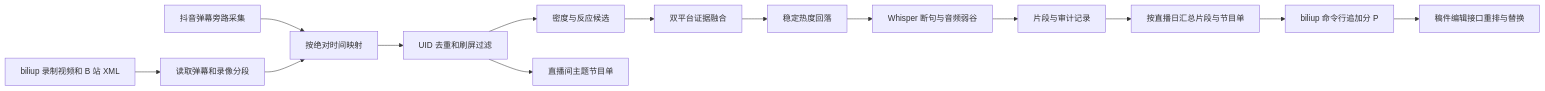
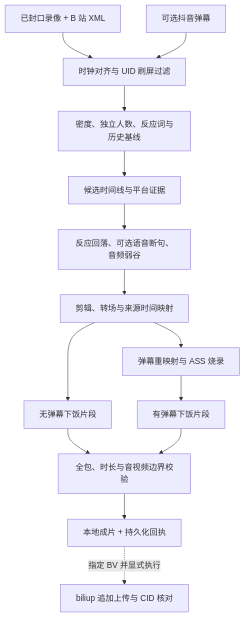
The diagram in README.md (Assumine/danmaku-highlight-pipeline), drawn with Mermaid before and after one commit. The commit also changed other lines of this file and 11 other files, not shown here.

````diff
--- a/README.md
+++ b/README.md
@@ -29,16 +14,16 @@
 ```mermaid
-flowchart LR
-    A[biliup 录制视频和 B 站 XML] --> B[读取弹幕和录像分段]
-    C[抖音弹幕旁路采集] --> D[按绝对时间映射]
-    B --> D
-    D --> E[UID 去重和刷屏过滤]
-    E --> F[密度与反应候选]
-    E --> G[直播间主题节目单]
-    F --> H[双平台证据融合]
-    H --> I[稳定热度回落]
-    I --> J[Whisper 断句与音频弱谷]
-    J --> K[片段与审计记录]
-    K --> L[按直播日汇总片段与节目单]
-    L --> M[biliup 命令行追加分 P]
-    M --> N[稿件编辑接口重排与替换]
+flowchart TD
+    A[已封口录像 + B 站 XML] --> C[时钟对齐与 UID 刷屏过滤]
+    B[可选抖音弹幕] --> C
+    C --> D[密度、独立人数、反应词与历史基线]
+    D --> E[候选时间线与平台证据]
+    E --> F[反应回落、可选语音断句、音频弱谷]
+    F --> G[剪辑、转场与来源时间映射]
+    G --> H[无弹幕下饭片段]
+    G --> I[弹幕重映射与 ASS 烧录]
+    I --> J[有弹幕下饭片段]
+    H --> K[全包、时长与音视频边界校验]
+    J --> K
+    K --> L[本地成片 + 持久化回执]
+    L -. 指定 BV 并显式执行 .-> M[biliup 追加上传与 CID 核对]
 ```
````
